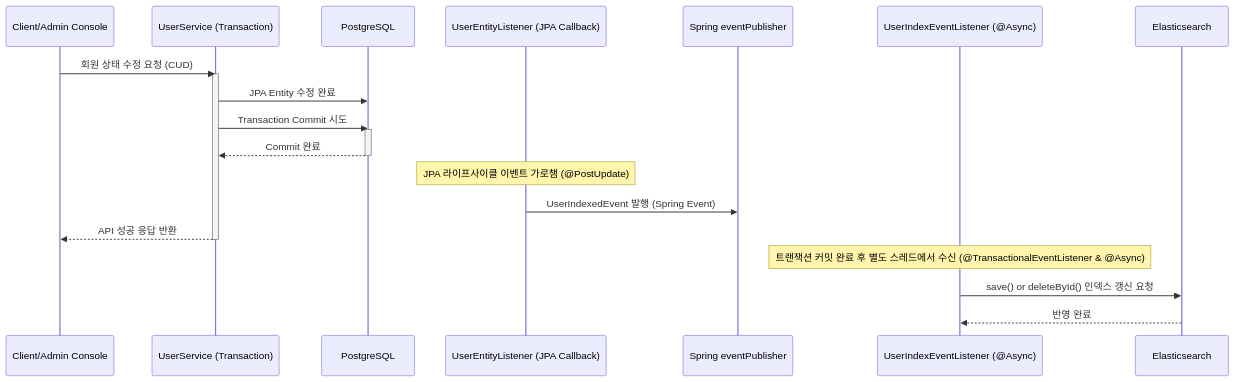
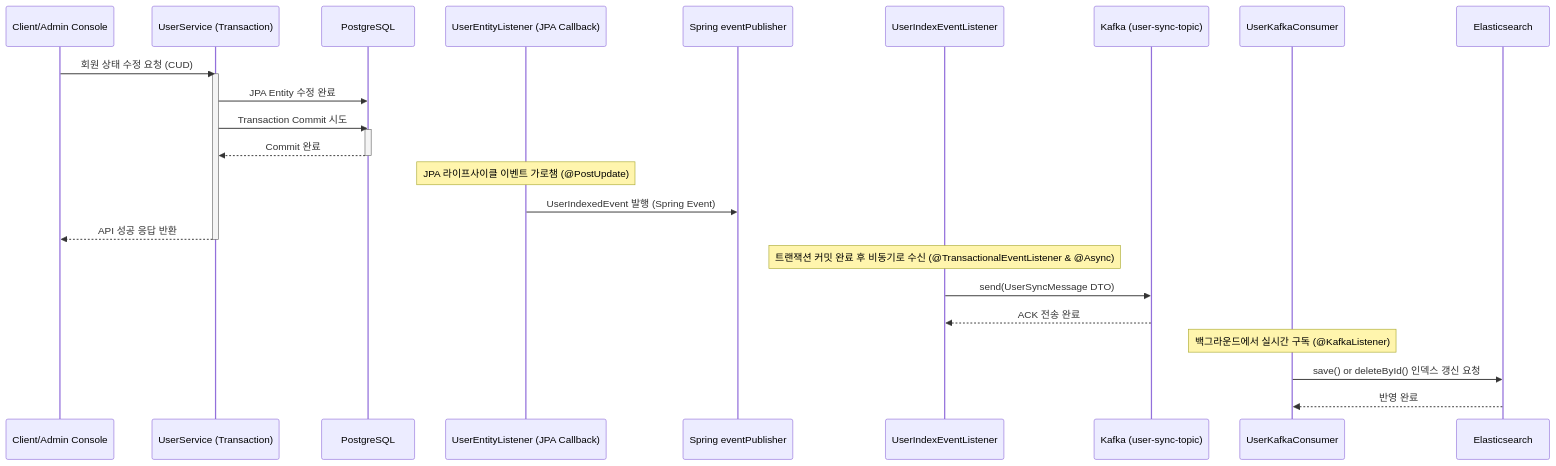
The second of 2 diagrams in admin-api/README.md (kangilc/exchange_be), drawn with Mermaid before and after one commit. The commit also changed other lines of this file and 7 other files, not shown here.

````diff
--- a/admin-api/README.md
+++ b/admin-api/README.md
@@ -268,28 +268,34 @@
 ```mermaid
 sequenceDiagram
     participant Client as Client/Admin Console
     participant Service as UserService (Transaction)
     participant DB as PostgreSQL
     participant Listener as UserEntityListener (JPA Callback)
     participant Event as Spring eventPublisher
-    participant Handler as UserIndexEventListener (@Async)
+    participant Producer as UserIndexEventListener
+    participant Kafka as Kafka (user-sync-topic)
+    participant Consumer as UserKafkaConsumer
     participant ES as Elasticsearch
 
     Client->>Service: 회원 상태 수정 요청 (CUD)
     activate Service
     Service->>DB: JPA Entity 수정 완료
     Service->>DB: Transaction Commit 시도
     activate DB
     DB-->>Service: Commit 완료
     deactivate DB
     
     Note over Listener: JPA 라이프사이클 이벤트 가로챔 (@PostUpdate)
     Listener->>Event: UserIndexedEvent 발행 (Spring Event)
     
     Service-->>Client: API 성공 응답 반환
     deactivate Service
 
-    Note over Handler: 트랜잭션 커밋 완료 후 별도 스레드에서 수신 (@TransactionalEventListener & @Async)
-    Handler->>ES: save() or deleteById() 인덱스 갱신 요청
-    ES-->>Handler: 반영 완료
+    Note over Producer: 트랜잭션 커밋 완료 후 비동기로 수신 (@TransactionalEventListener & @Async)
+    Producer->>Kafka: send(UserSyncMessage DTO)
+    Kafka-->>Producer: ACK 전송 완료
+    
+    Note over Consumer: 백그라운드에서 실시간 구독 (@KafkaListener)
+    Consumer->>ES: save() or deleteById() 인덱스 갱신 요청
+    ES-->>Consumer: 반영 완료
 ```
````
